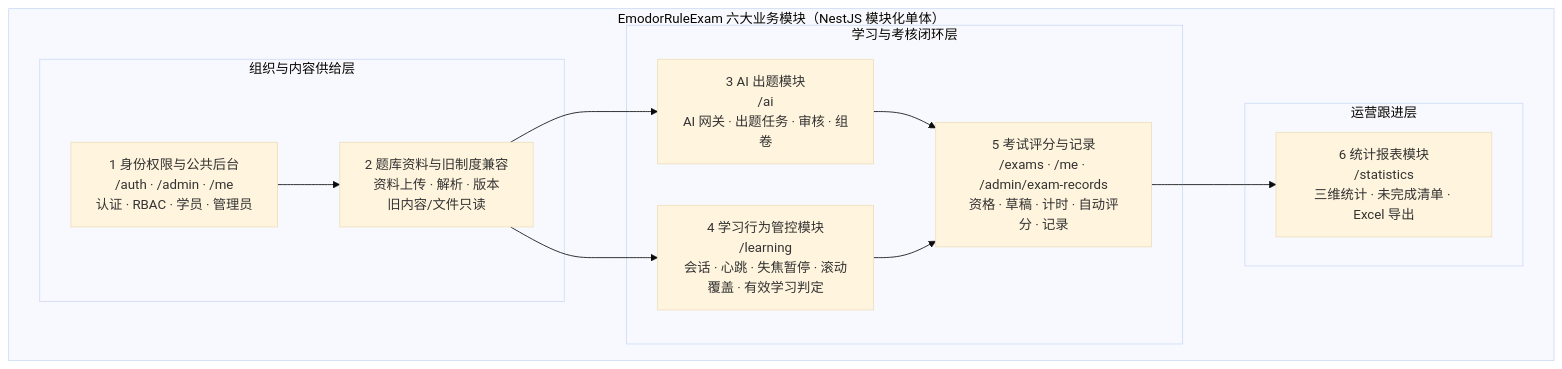
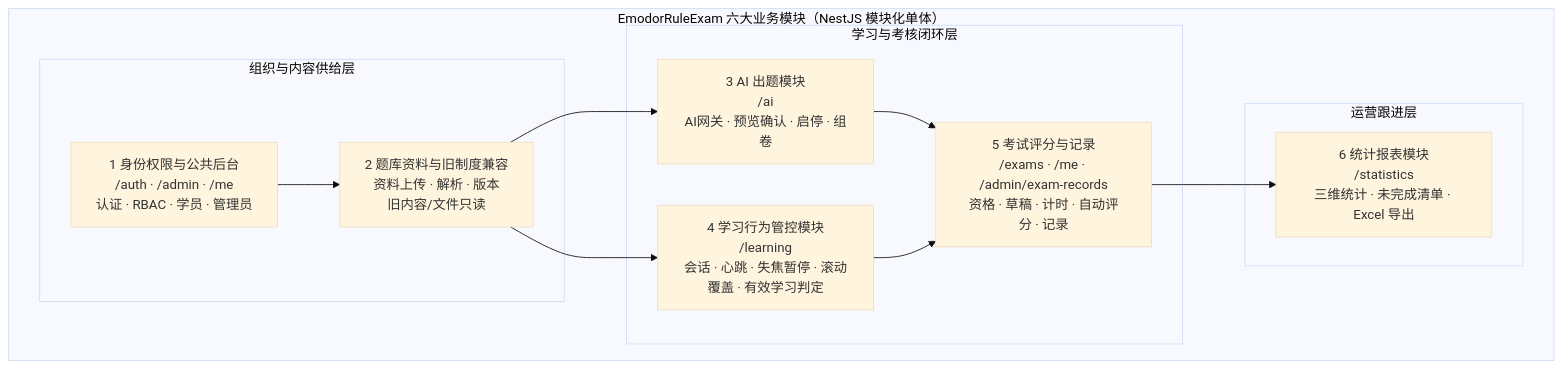
The first of 14 diagrams in docs/design/05-模块设计.md (caoguanjie/emodor-exam), drawn with Mermaid (base theme) before and after one commit. The commit also changed other lines of this file and 95 other files, not shown here.

````diff
--- a/docs/design/05-模块设计.md
+++ b/docs/design/05-模块设计.md
@@ -32,23 +32,23 @@
 ```mermaid
 graph TB
     subgraph SYS["EmodorRuleExam 六大业务模块（NestJS 模块化单体）"]
         subgraph G1["组织与内容供给层"]
             M1["1 身份权限与公共后台<br/>/auth · /admin · /me<br/>认证 · RBAC · 学员 · 管理员"]
             M2["2 题库资料与旧制度兼容<br/>资料上传 · 解析 · 版本<br/>旧内容/文件只读"]
         end
         subgraph G2["学习与考核闭环层"]
             M4["4 学习行为管控模块<br/>/learning<br/>会话 · 心跳 · 失焦暂停 · 滚动覆盖 · 有效学习判定"]
-            M3["3 AI 出题模块<br/>/ai<br/>AI 网关 · 出题任务 · 审核 · 组卷"]
+            M3["3 AI 出题模块<br/>/ai<br/>AI网关 · 预览确认 · 启停 · 组卷"]
             M5["5 考试评分与记录<br/>/exams · /me · /admin/exam-records<br/>资格 · 草稿 · 计时 · 自动评分 · 记录"]
         end
         subgraph G3["运营跟进层"]
             M6["6 统计报表模块<br/>/statistics<br/>三维统计 · 未完成清单 · Excel 导出"]
         end
     end
     M1 --> M2
     M2 --> M4
     M2 --> M3
     M3 --> M5
     M4 --> M5
     M5 --> M6
 ```
````
